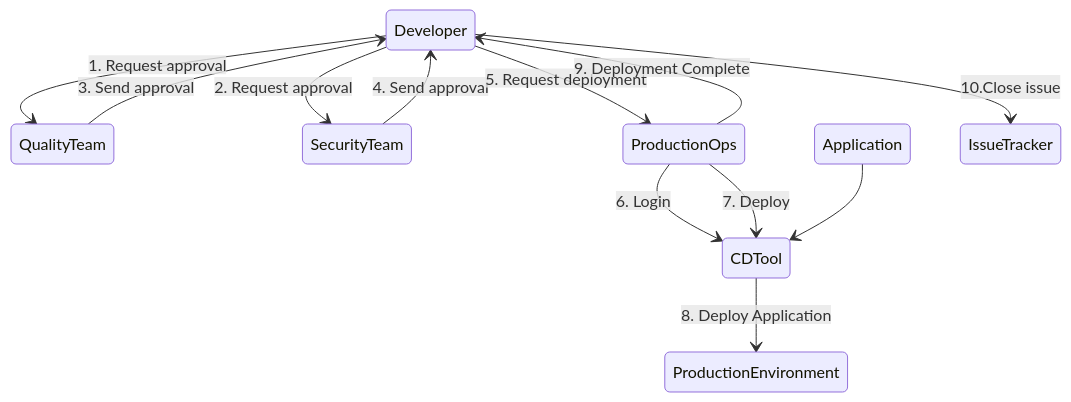
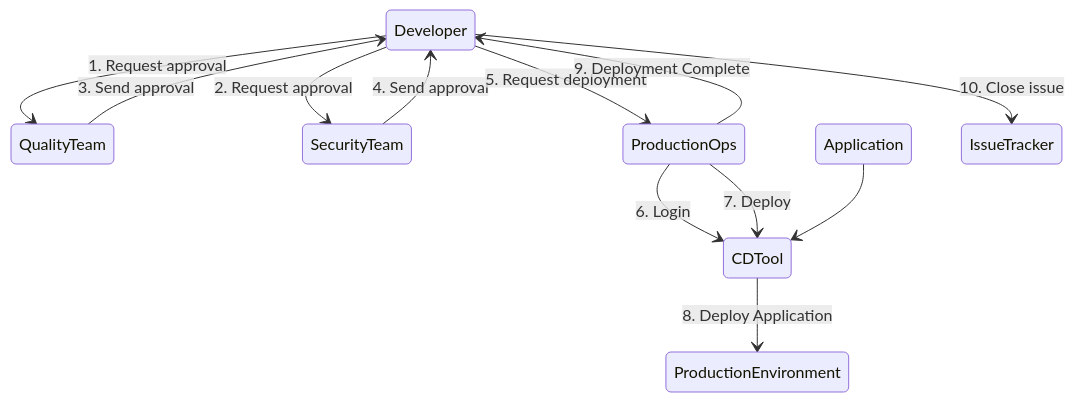
Before and after one commit to secretstartups/handbook: the sixth of 7 diagrams in product/single-application/dataflow.html.md, drawn with Mermaid. The commit also changed other lines of this file, not shown here.

Commit message:
Fix typo and inconsistencies in product data flow

````diff
--- a/product/single-application/dataflow.html.md
+++ b/product/single-application/dataflow.html.md
@@ -111,14 +111,14 @@
 ```mermaid
 stateDiagram
   Developer --> QualityTeam:1. Request approval
   QualityTeam --> Developer:3. Send approval
   Developer --> SecurityTeam:2. Request approval
   SecurityTeam --> Developer:4. Send approval
   Developer --> ProductionOps:5. Request deployment
   ProductionOps --> CDTool:6. Login
   ProductionOps --> CDTool:7. Deploy
   CDTool --> ProductionEnvironment:8. Deploy Application
   ProductionOps --> Developer:9. Deployment Complete
   Application --> CDTool
-  Developer --> IssueTracker:10.Close issue
+  Developer --> IssueTracker:10. Close issue
 ```
````
